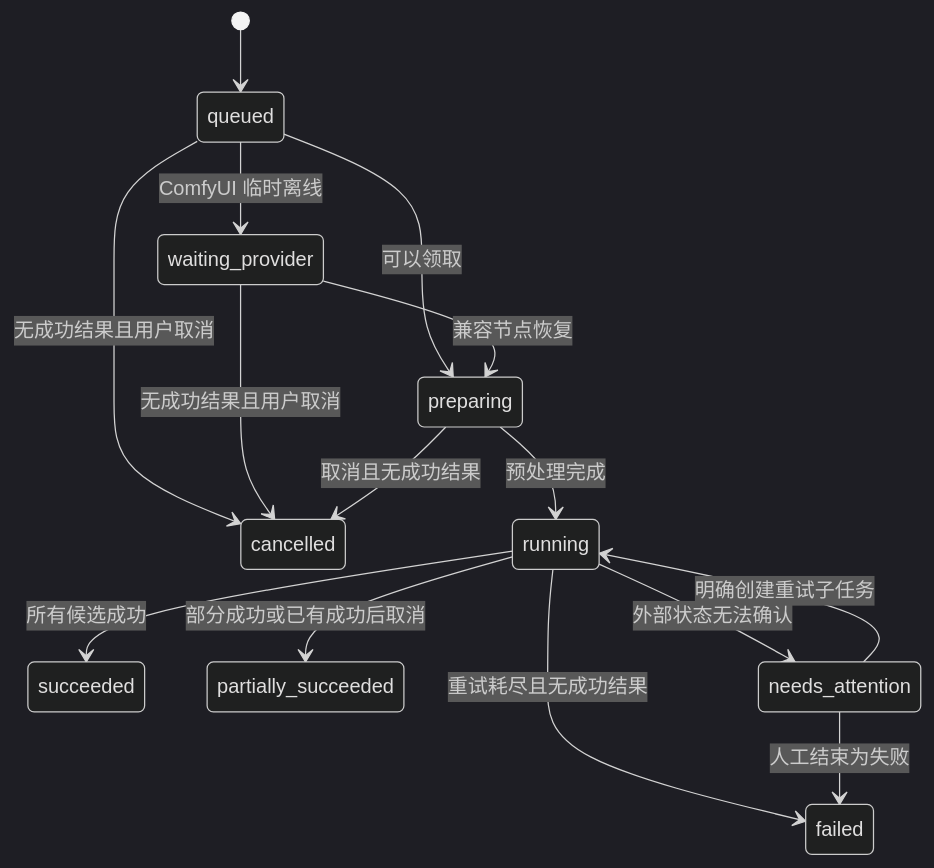
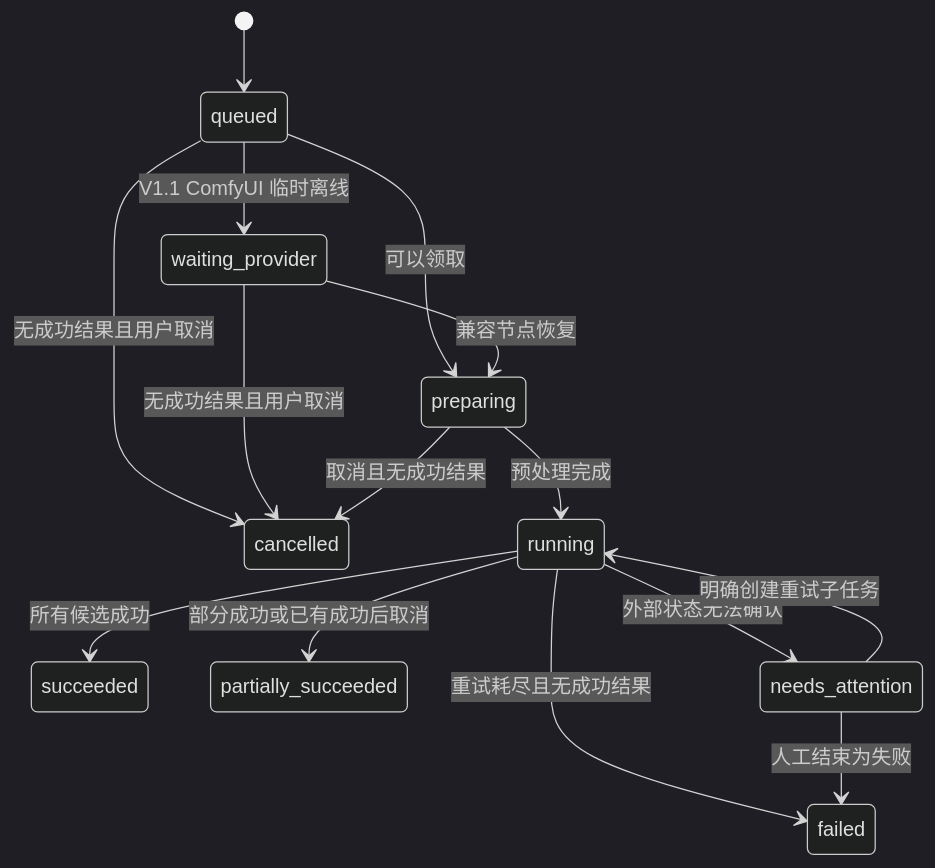
Before and after one commit to xfl187/clothes_model: the sixth of 6 diagrams in docs/product-flow.md, drawn with Mermaid (dark theme). The commit also changed other lines of this file and 27 other files, not shown here.

````diff
--- a/docs/product-flow.md
+++ b/docs/product-flow.md
@@ -178,17 +178,17 @@
 ```mermaid
 stateDiagram-v2
     [*] --> queued
-    queued --> waiting_provider: ComfyUI 临时离线
+    queued --> waiting_provider: V1.1 ComfyUI 临时离线
     queued --> preparing: 可以领取
     waiting_provider --> preparing: 兼容节点恢复
     queued --> cancelled: 无成功结果且用户取消
     waiting_provider --> cancelled: 无成功结果且用户取消
     preparing --> running: 预处理完成
     preparing --> cancelled: 取消且无成功结果
     running --> succeeded: 所有候选成功
     running --> partially_succeeded: 部分成功或已有成功后取消
     running --> failed: 重试耗尽且无成功结果
     running --> needs_attention: 外部状态无法确认
     needs_attention --> running: 明确创建重试子任务
     needs_attention --> failed: 人工结束为失败
 ```
````
